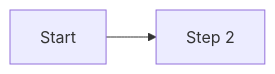
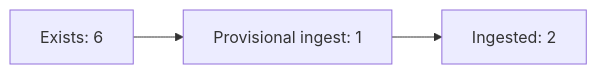
One commit to OpenPKCommons/OPKC changed the diagram in README.md. Above: the diagram before and after it, drawn with Mermaid.

````diff
--- a/README.md
+++ b/README.md
@@ -50,4 +50,4 @@
 ```mermaid
 graph LR
-	A[Start] --> B[Step 2]
+	exists[Exists: 6] --> provingest[Provisional ingest: 1] --> ingested[Ingested: 2]
 ```
````
